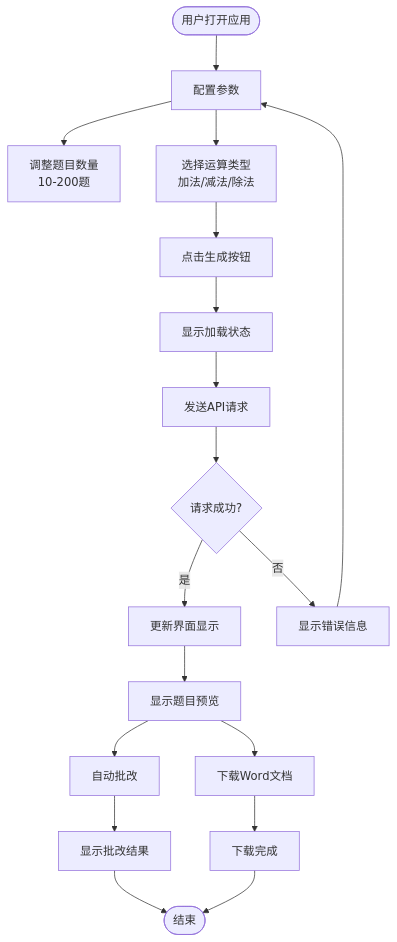
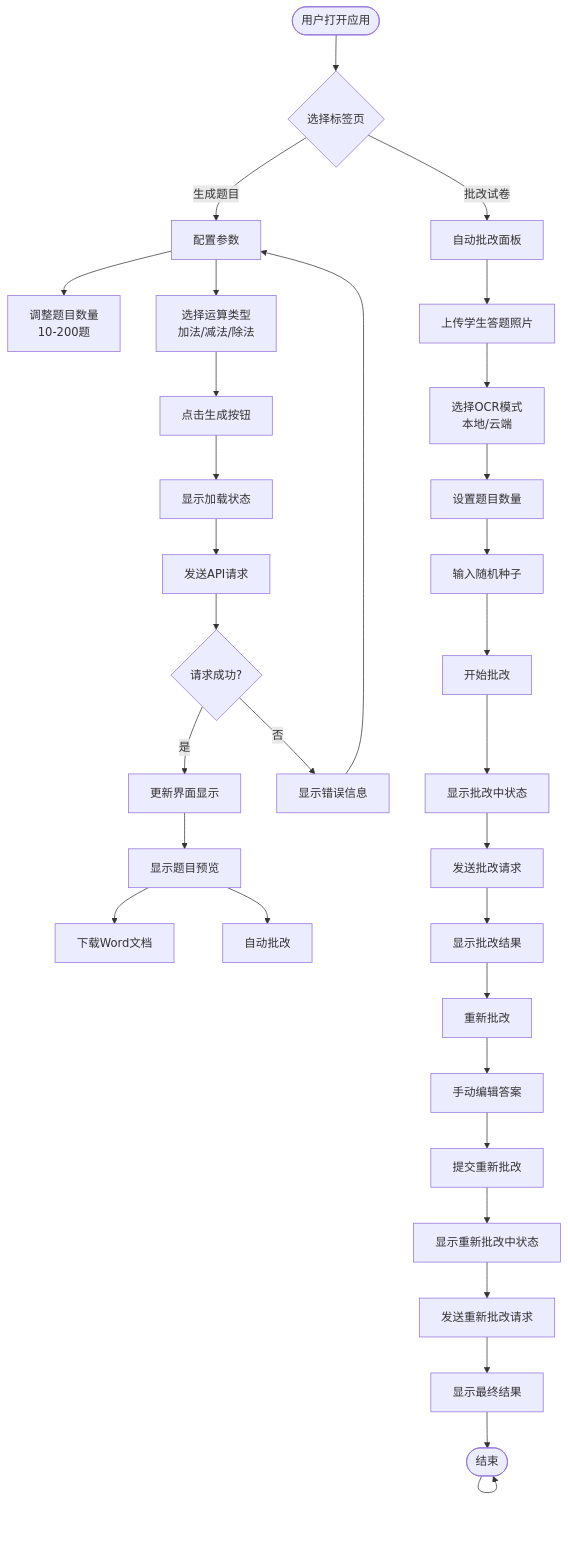
The eighth of 10 diagrams in .qoder/repowiki/zh/content/项目结构/核心生成器.md (SimonWHL/math-learning), drawn with Mermaid before and after one commit. The commit also changed other lines of this file and 4 other files, not shown here.

````diff
--- a/.qoder/repowiki/zh/content/项目结构/核心生成器.md
+++ b/.qoder/repowiki/zh/content/项目结构/核心生成器.md
@@ -290,20 +370,34 @@
 ```mermaid
 flowchart TD
-Start([用户打开应用]) --> Config[配置参数]
+Start([用户打开应用]) --> Tab{选择标签页}
+Tab --> |生成题目| Config[配置参数]
+Tab --> |批改试卷| GradePanel[自动批改面板]
 Config --> Range[调整题目数量<br/>10-200题]
 Config --> Ops[选择运算类型<br/>加法/减法/除法]
 Ops --> Generate[点击生成按钮]
 Generate --> Loading[显示加载状态]
 Loading --> APIRequest[发送API请求]
 APIRequest --> Success{请求成功?}
 Success --> |是| UpdateUI[更新界面显示]
 Success --> |否| ShowError[显示错误信息]
 UpdateUI --> Preview[显示题目预览]
 Preview --> Download[下载Word文档]
 Preview --> Grade[自动批改]
-Download --> Complete[下载完成]
-Grade --> Result[显示批改结果]
-Result --> End([结束])
+GradePanel --> Upload[上传学生答题照片]
+Upload --> Mode[选择OCR模式<br/>本地/云端]
+Mode --> Count[设置题目数量]
+Count --> Seed[输入随机种子]
+Seed --> StartGrade[开始批改]
+StartGrade --> Loading2[显示批改中状态]
+Loading2 --> APIRequest2[发送批改请求]
+APIRequest2 --> Result[显示批改结果]
+Result --> Recheck[重新批改]
+Recheck --> Edit[手动编辑答案]
+Edit --> Submit[提交重新批改]
+Submit --> Loading3[显示重新批改中状态]
+Loading3 --> APIRequest3[发送重新批改请求]
+APIRequest3 --> FinalResult[显示最终结果]
+FinalResult --> End([结束])
 ShowError --> Config
-Complete --> End
+End --> End
 ```
````
